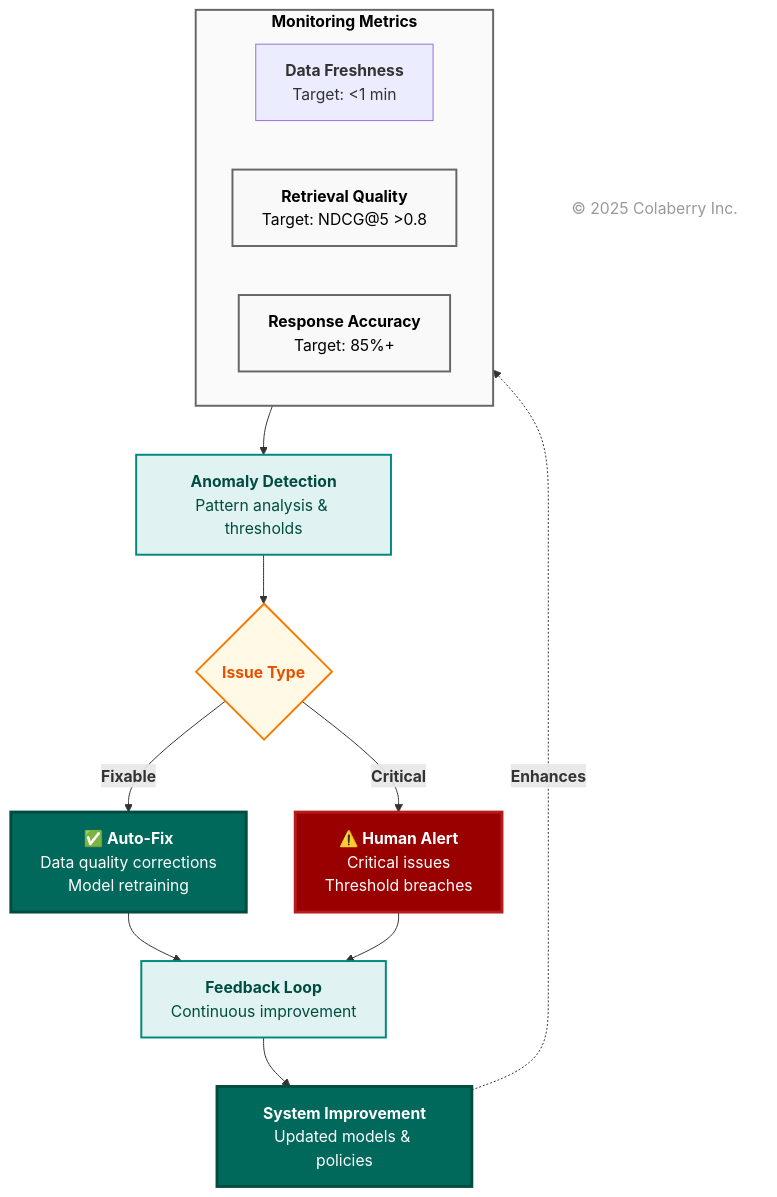
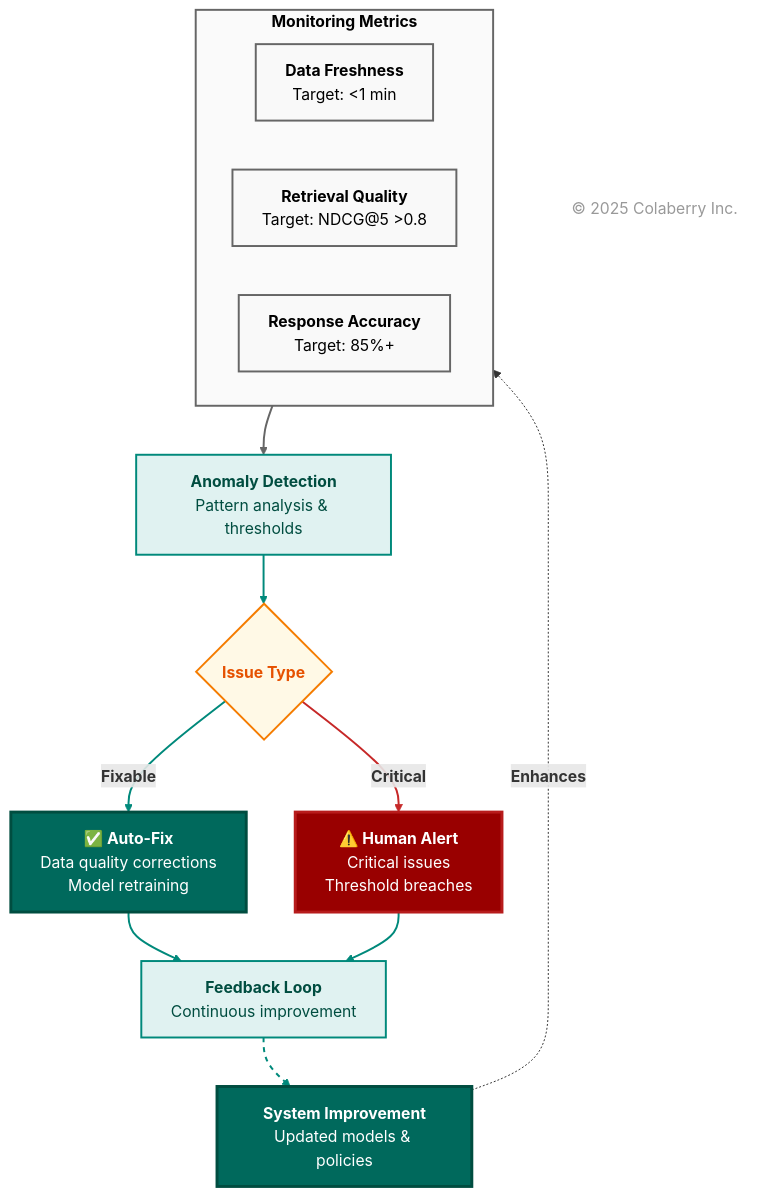
One commit to colaberry/enterprise-data-readiness-ai-agents changed the tenth of 16 diagrams in chapter-01/chapter_1_complete.md. Above: the diagram before and after it, drawn with Mermaid. The commit also changed other lines of this file, not shown here.

````diff
--- a/chapter-01/chapter_1_complete.md
+++ b/chapter-01/chapter_1_complete.md
@@ -1510,44 +1591,54 @@
 ```mermaid
 graph TB
     subgraph metrics["<b>Monitoring Metrics</b>"]
         M1["<b>Data Freshness</b><br/>Target: <1 min"]
         M2["<b>Retrieval Quality</b><br/>Target: NDCG@5 >0.8"]
         M3["<b>Response Accuracy</b><br/>Target: 85%+"]
     end
     
     DETECT["<b>Anomaly Detection</b><br/>Pattern analysis & thresholds"]
     
     CLASSIFY{<b>Issue Type</b>}
     
     AUTO["<b>✅ Auto-Fix</b><br/>Data quality corrections<br/>Model retraining"]
     
     ALERT["<b>⚠️ Human Alert</b><br/>Critical issues<br/>Threshold breaches"]
     
     FEEDBACK["<b>Feedback Loop</b><br/>Continuous improvement"]
     
     IMPROVE["<b>System Improvement</b><br/>Updated models & policies"]
     
     metrics --> DETECT
     DETECT --> CLASSIFY
     CLASSIFY -->|"<b>Fixable</b>"| AUTO
     CLASSIFY -->|"<b>Critical</b>"| ALERT
     AUTO --> FEEDBACK
     ALERT --> FEEDBACK
     FEEDBACK --> IMPROVE
     IMPROVE -.->|"<b>Enhances</b>"| metrics
     
-    style metrics fill:#fafafa,stroke:#666666,stroke-width:2px,color:#000000    style M1 fill:#f9f9f9,stroke:#666666,stroke-width:2px,color:#000000
+    %% Link styling
+    linkStyle 0 stroke:#666666,stroke-width:2px
+    linkStyle 1 stroke:#00897b,stroke-width:2px
+    linkStyle 2 stroke:#00897b,stroke-width:2px
+    linkStyle 3 stroke:#c62828,stroke-width:2px
+    linkStyle 4 stroke:#00897b,stroke-width:2px
+    linkStyle 5 stroke:#00897b,stroke-width:2px
+    linkStyle 6 stroke:#00897b,stroke-width:2px,stroke-dasharray:5
+    
+    style metrics fill:#fafafa,stroke:#666666,stroke-width:2px,color:#000000
+    style M1 fill:#f9f9f9,stroke:#666666,stroke-width:2px,color:#000000
     style M2 fill:#f9f9f9,stroke:#666666,stroke-width:2px,color:#000000
     style M3 fill:#f9f9f9,stroke:#666666,stroke-width:2px,color:#000000
     style DETECT fill:#e0f2f1,stroke:#00897b,stroke-width:2px,color:#004d40
     style CLASSIFY fill:#fff9e6,stroke:#f57c00,stroke-width:2px,color:#e65100
     style AUTO fill:#00695c,color:#ffffff,stroke:#004d40,stroke-width:3px
     style ALERT fill:#990000,color:#ffffff,stroke:#b71c1c,stroke-width:3px
     style FEEDBACK fill:#e0f2f1,stroke:#00897b,stroke-width:2px,color:#004d40
 
     %% Copyright Notice
     CR["© 2025 Colaberry Inc."]
 
     style IMPROVE fill:#00695c,color:#ffffff,stroke:#004d40,stroke-width:3px
     style CR fill:none,stroke:none,color:#999999
 ```
````
